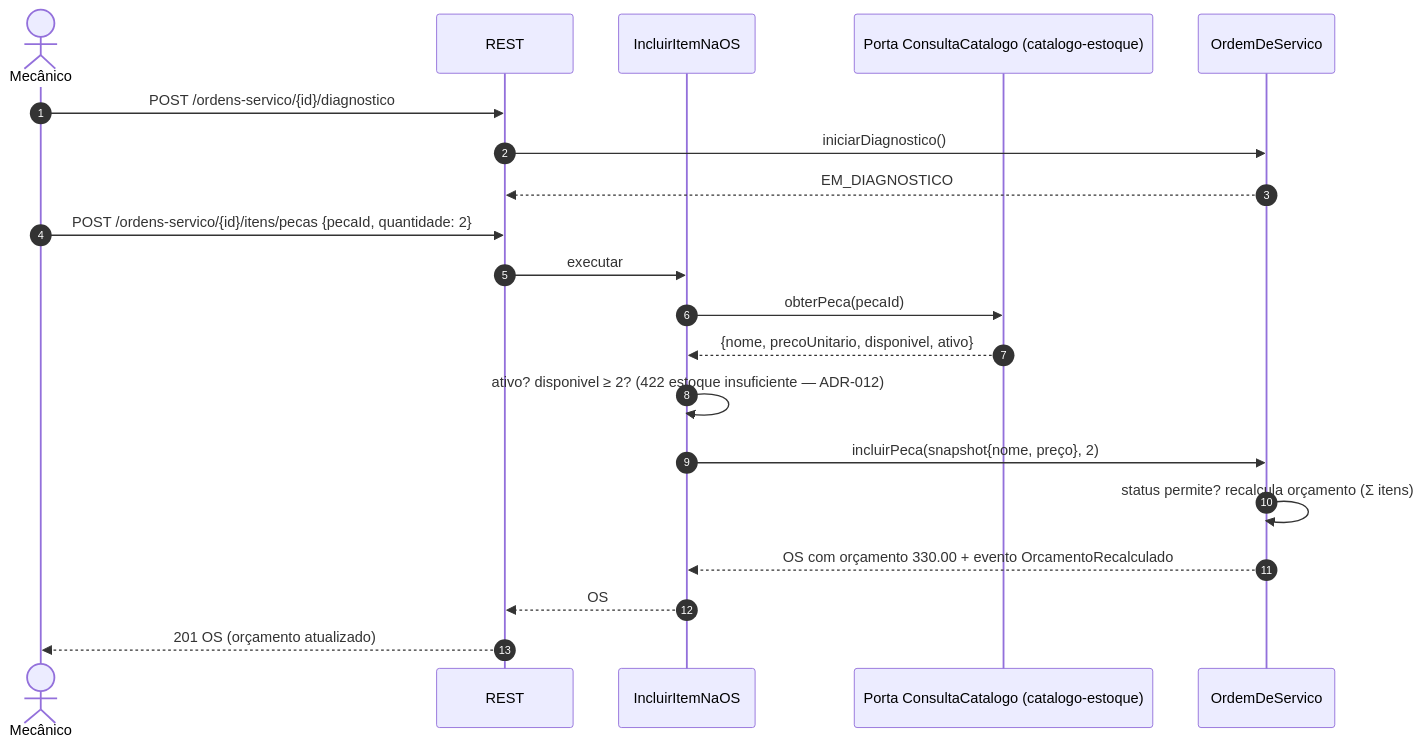
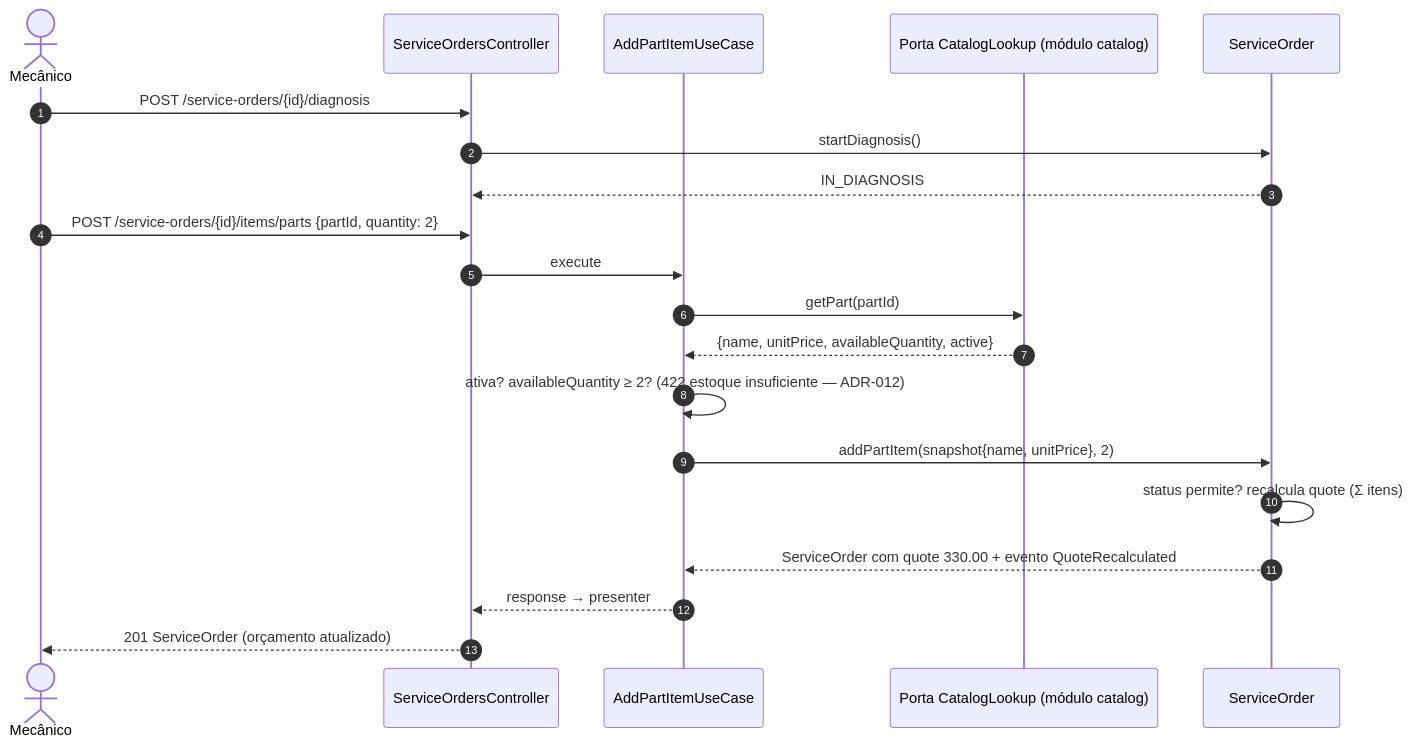
Before and after one commit to HermandoThiago/FIAP-SOAT: the second of 6 diagrams in docs/04-arquitetura/fluxos.md, drawn with Mermaid. The commit also changed other lines of this file and 42 other files, not shown here.

````diff
--- a/docs/04-arquitetura/fluxos.md
+++ b/docs/04-arquitetura/fluxos.md
@@ -34,22 +35,22 @@
 ```mermaid
 sequenceDiagram
     autonumber
     actor Me as Mecânico
-    participant API as REST
-    participant UC as IncluirItemNaOS
-    participant CAT as Porta ConsultaCatalogo (catalogo-estoque)
-    participant OS as OrdemDeServico
-    Me->>API: POST /ordens-servico/{id}/diagnostico
-    API->>OS: iniciarDiagnostico()
-    OS-->>API: EM_DIAGNOSTICO
-    Me->>API: POST /ordens-servico/{id}/itens/pecas {pecaId, quantidade: 2}
-    API->>UC: executar
-    UC->>CAT: obterPeca(pecaId)
-    CAT-->>UC: {nome, precoUnitario, disponivel, ativo}
-    UC->>UC: ativo? disponivel ≥ 2? (422 estoque insuficiente — ADR-012)
-    UC->>OS: incluirPeca(snapshot{nome, preço}, 2)
-    OS->>OS: status permite? recalcula orçamento (Σ itens)
-    OS-->>UC: OS com orçamento 330.00 + evento OrcamentoRecalculado
-    UC-->>API: OS
-    API-->>Me: 201 OS (orçamento atualizado)
+    participant API as ServiceOrdersController
+    participant UC as AddPartItemUseCase
+    participant CAT as Porta CatalogLookup (módulo catalog)
+    participant OS as ServiceOrder
+    Me->>API: POST /service-orders/{id}/diagnosis
+    API->>OS: startDiagnosis()
+    OS-->>API: IN_DIAGNOSIS
+    Me->>API: POST /service-orders/{id}/items/parts {partId, quantity: 2}
+    API->>UC: execute
+    UC->>CAT: getPart(partId)
+    CAT-->>UC: {name, unitPrice, availableQuantity, active}
+    UC->>UC: ativa? availableQuantity ≥ 2? (422 estoque insuficiente — ADR-012)
+    UC->>OS: addPartItem(snapshot{name, unitPrice}, 2)
+    OS->>OS: status permite? recalcula quote (Σ itens)
+    OS-->>UC: ServiceOrder com quote 330.00 + evento QuoteRecalculated
+    UC-->>API: response → presenter
+    API-->>Me: 201 ServiceOrder (orçamento atualizado)
 ```
````
